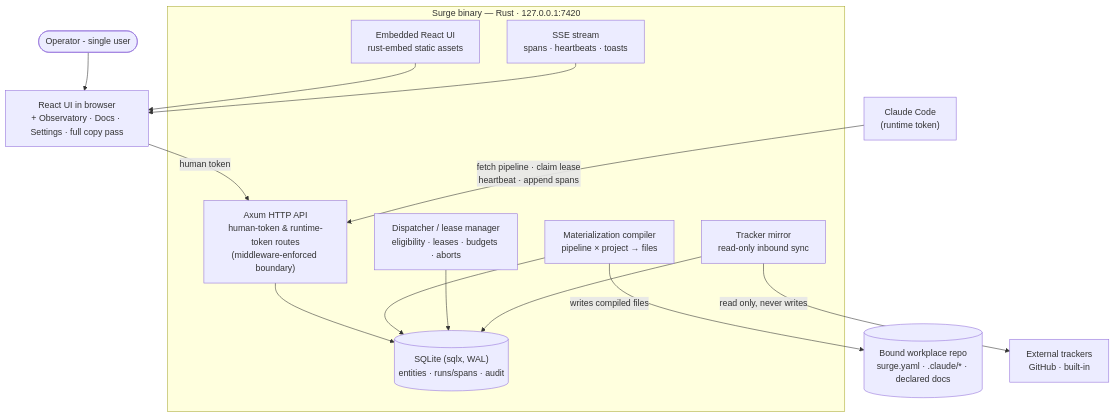
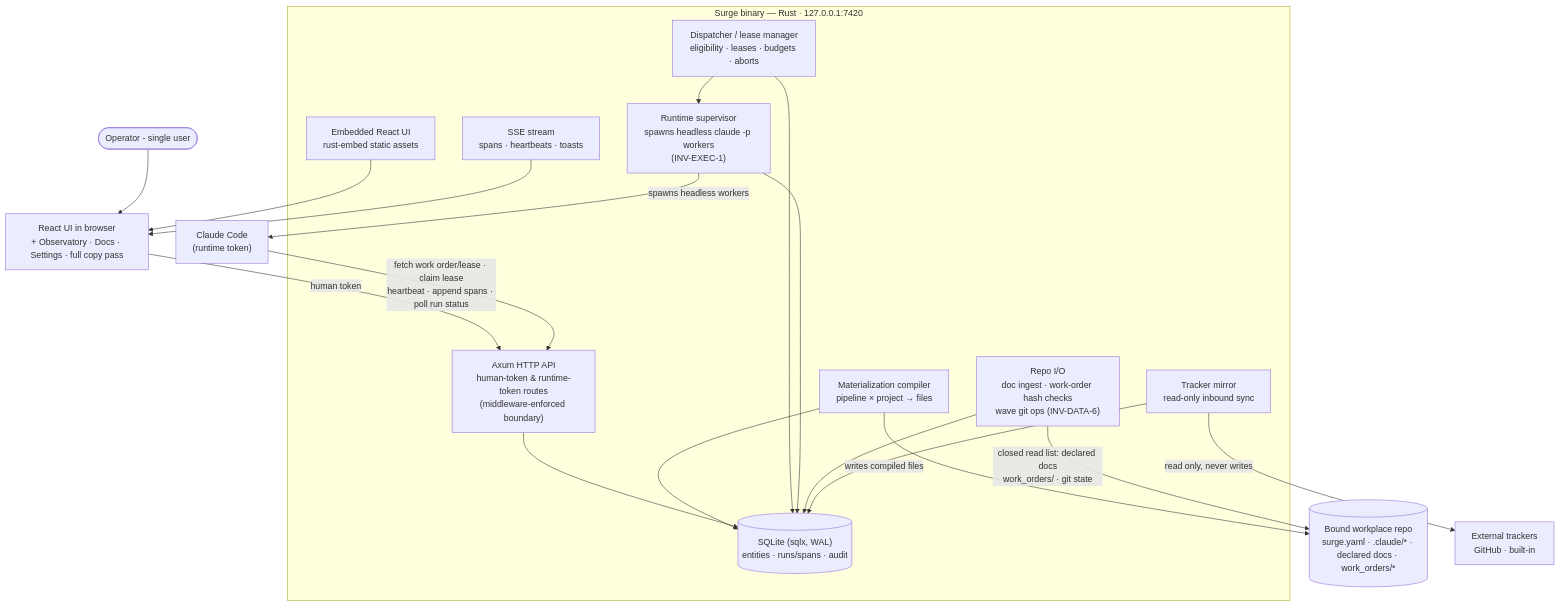
Before and after one commit to traitbound/surge: the diagram in docs/phases/phase-3/phase.md, drawn with Mermaid. The commit also changed other lines of this file and 8 other files, not shown here.

First line of the commit message:
Concept audit fixes: actuator, repo read path, closed-list amendments, hash identity

````diff
--- a/docs/phases/phase-3/phase.md
+++ b/docs/phases/phase-3/phase.md
@@ -45,31 +46,38 @@
 ```mermaid
 graph TB
     operator([Operator - single user])
 
     subgraph binary["Surge binary — Rust · 127.0.0.1:7420"]
         api["Axum HTTP API<br/>human-token & runtime-token routes<br/>(middleware-enforced boundary)"]
         db[("SQLite (sqlx, WAL)<br/>entities · runs/spans · audit")]
         compiler["Materialization compiler<br/>pipeline × project → files"]
         dispatcher["Dispatcher / lease manager<br/>eligibility · leases · budgets · aborts"]
+        supervisor["Runtime supervisor<br/>spawns headless claude -p workers<br/>(INV-EXEC-1)"]
+        repoio["Repo I/O<br/>doc ingest · work-order hash checks<br/>wave git ops (INV-DATA-6)"]
         mirror["Tracker mirror<br/>read-only inbound sync"]
         sse["SSE stream<br/>spans · heartbeats · toasts"]
         ui_assets["Embedded React UI<br/>rust-embed static assets"]
     end
 
     browser["React UI in browser<br/>+ Observatory · Docs · Settings · full copy pass"]
     runtime["Claude Code<br/>(runtime token)"]
-    repo[("Bound workplace repo<br/>surge.yaml · .claude/* · declared docs")]
+    repo[("Bound workplace repo<br/>surge.yaml · .claude/* · declared docs · work_orders/*")]
     tracker["External trackers<br/>GitHub · built-in"]
 
     operator --> browser
     browser -->|"human token"| api
     ui_assets --> browser
     sse --> browser
-    runtime -->|"fetch pipeline · claim lease<br/>heartbeat · append spans"| api
+    dispatcher --> supervisor
+    supervisor -->|"spawns headless workers"| runtime
+    runtime -->|"fetch work order/lease · claim lease<br/>heartbeat · append spans · poll run status"| api
     api --> db
     compiler --> db
     dispatcher --> db
+    supervisor --> db
+    repoio --> db
     mirror --> db
     compiler -->|"writes compiled files"| repo
+    repoio -->|"closed read list: declared docs<br/>work_orders/ · git state"| repo
     mirror -->|"read only, never writes"| tracker
 ```
````
